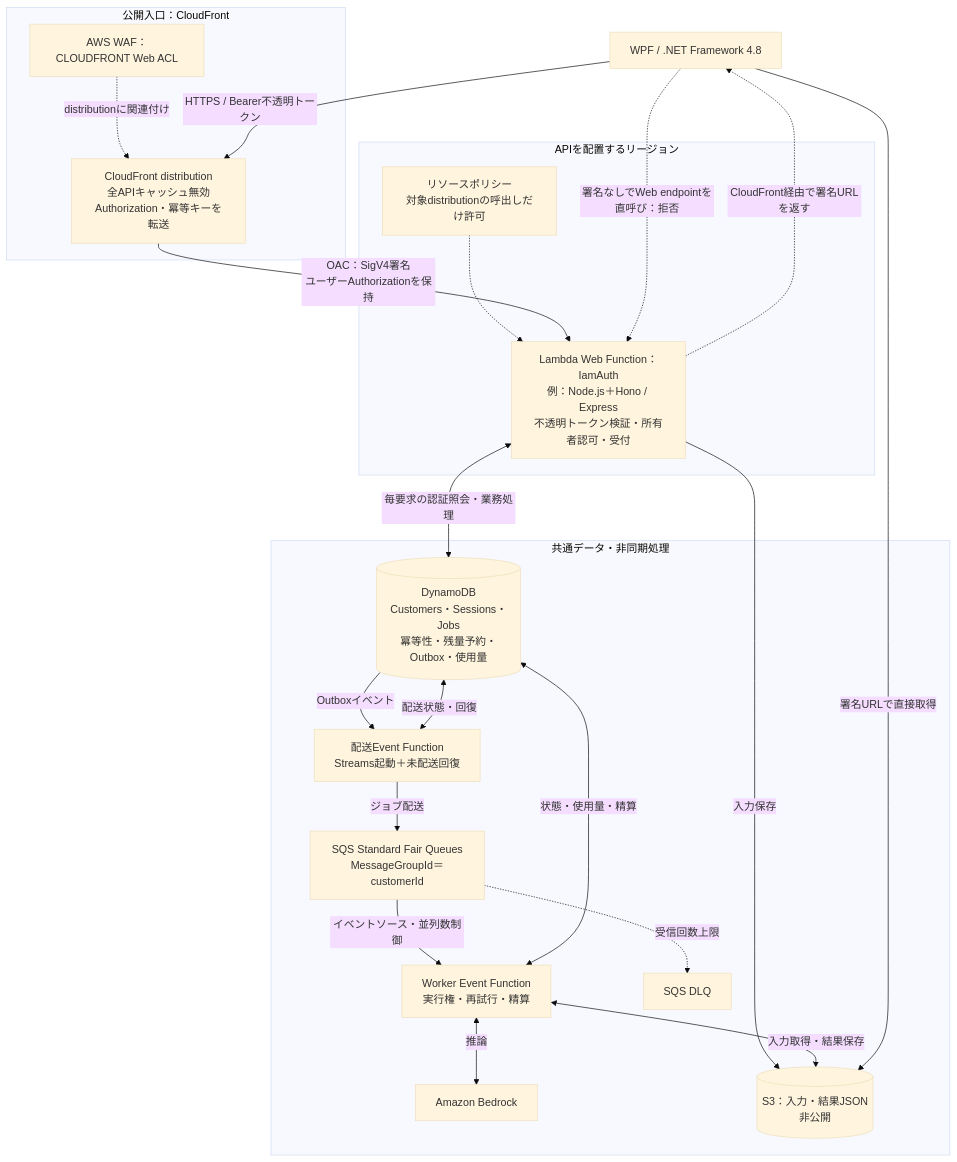
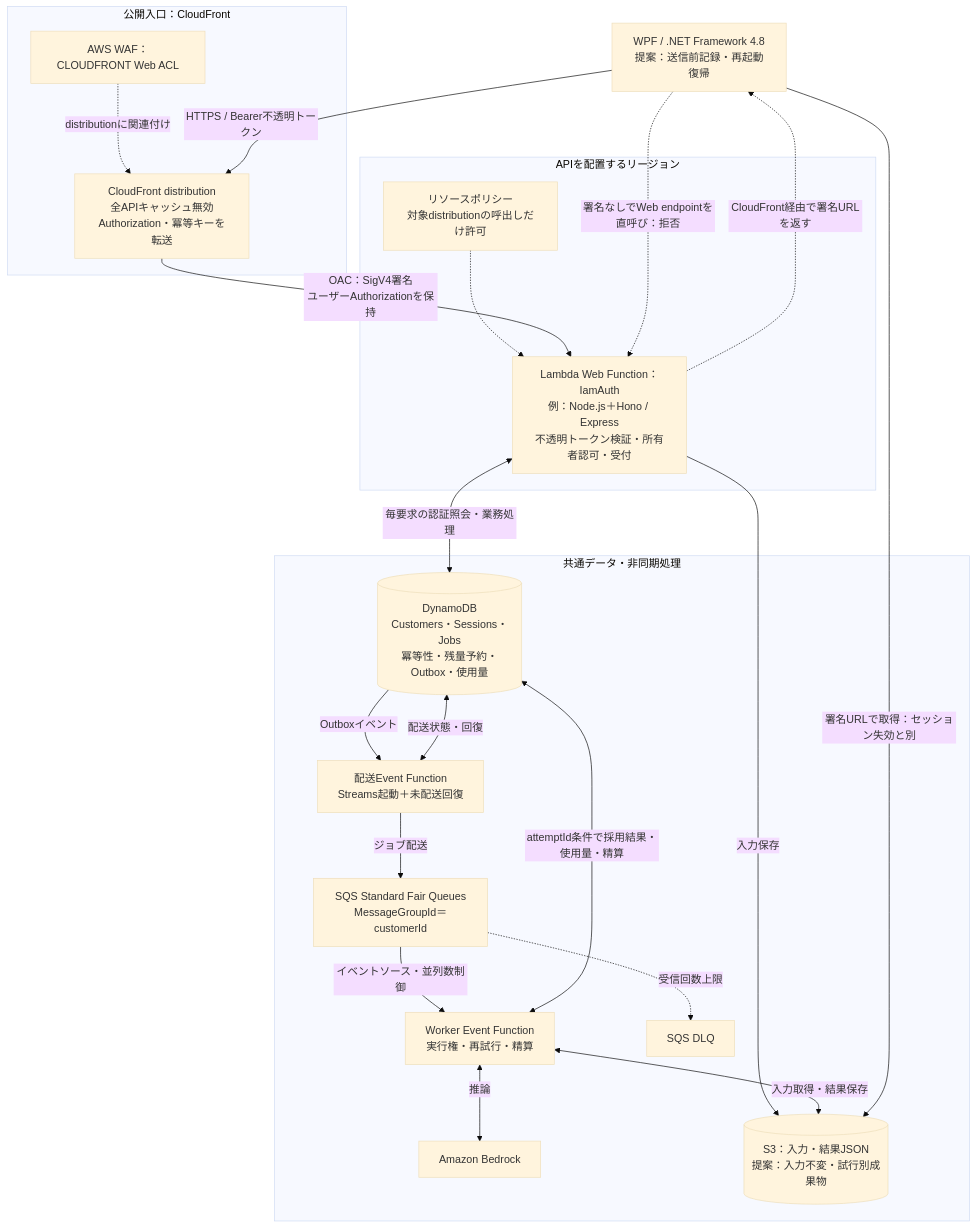
One commit to knmo000-tech/awsMemo changed the second of 2 diagrams in docs/current/入口方式比較.md. Above: the diagram before and after it, drawn with Mermaid (base theme). The commit also changed other lines of this file and 6 other files, not shown here.

````diff
--- a/docs/current/入口方式比較.md
+++ b/docs/current/入口方式比較.md
@@ -67,38 +69,38 @@
 ```mermaid
 flowchart TB
-  C["WPF / .NET Framework 4.8"]
+  C["WPF / .NET Framework 4.8<br/>提案：送信前記録・再起動復帰"]
   subgraph EDGE["公開入口：CloudFront"]
     F["AWS WAF：CLOUDFRONT Web ACL"]
     G["CloudFront distribution<br/>全APIキャッシュ無効<br/>Authorization・冪等キーを転送"]
     F -.->|"distributionに関連付け"| G
   end
   subgraph API["APIを配置するリージョン"]
     A["Lambda Web Function：IamAuth<br/>例：Node.js＋Hono / Express<br/>不透明トークン検証・所有者認可・受付"]
     P["リソースポリシー<br/>対象distributionの呼出しだけ許可"]
     P -.-> A
   end
   subgraph DATA["共通データ・非同期処理"]
     D[("DynamoDB<br/>Customers・Sessions・Jobs<br/>冪等性・残量予約・Outbox・使用量")]
     R["配送Event Function<br/>Streams起動＋未配送回復"]
     Q["SQS Standard Fair Queues<br/>MessageGroupId＝customerId"]
     W["Worker Event Function<br/>実行権・再試行・精算"]
     B["Amazon Bedrock"]
-    S[("S3：入力・結果JSON<br/>非公開")]
+    S[("S3：入力・結果JSON<br/>提案：入力不変・試行別成果物")]
     X["SQS DLQ"]
     A <-->|"毎要求の認証照会・業務処理"| D
     A -->|"入力保存"| S
     D -->|"Outboxイベント"| R
     R -->|"ジョブ配送"| Q
     R <-->|"配送状態・回復"| D
     Q -->|"イベントソース・並列数制御"| W
     Q -.->|"受信回数上限"| X
     W <-->|"推論"| B
-    W <-->|"状態・使用量・精算"| D
+    W <-->|"attemptId条件で採用結果・使用量・精算"| D
     W <-->|"入力取得・結果保存"| S
   end
   C -->|"HTTPS / Bearer不透明トークン"| G
   G -->|"OAC：SigV4署名<br/>ユーザーAuthorizationを保持"| A
   A -.->|"CloudFront経由で署名URLを返す"| C
-  C -->|"署名URLで直接取得"| S
+  C -->|"署名URLで取得：セッション失効と別"| S
   C -.->|"署名なしでWeb endpointを直呼び：拒否"| A
 ```
````
